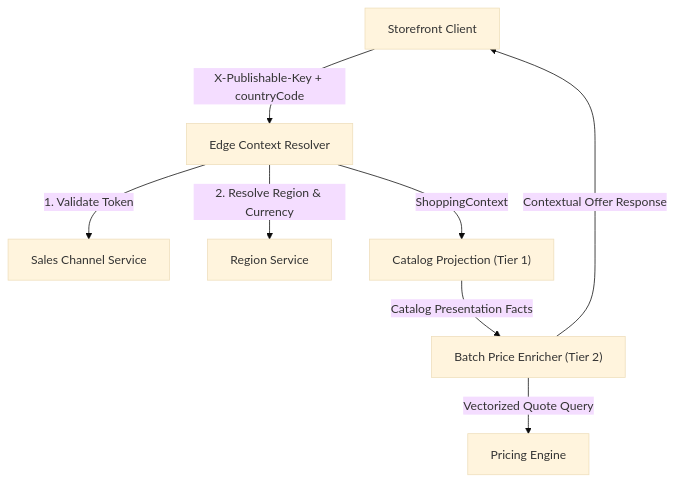
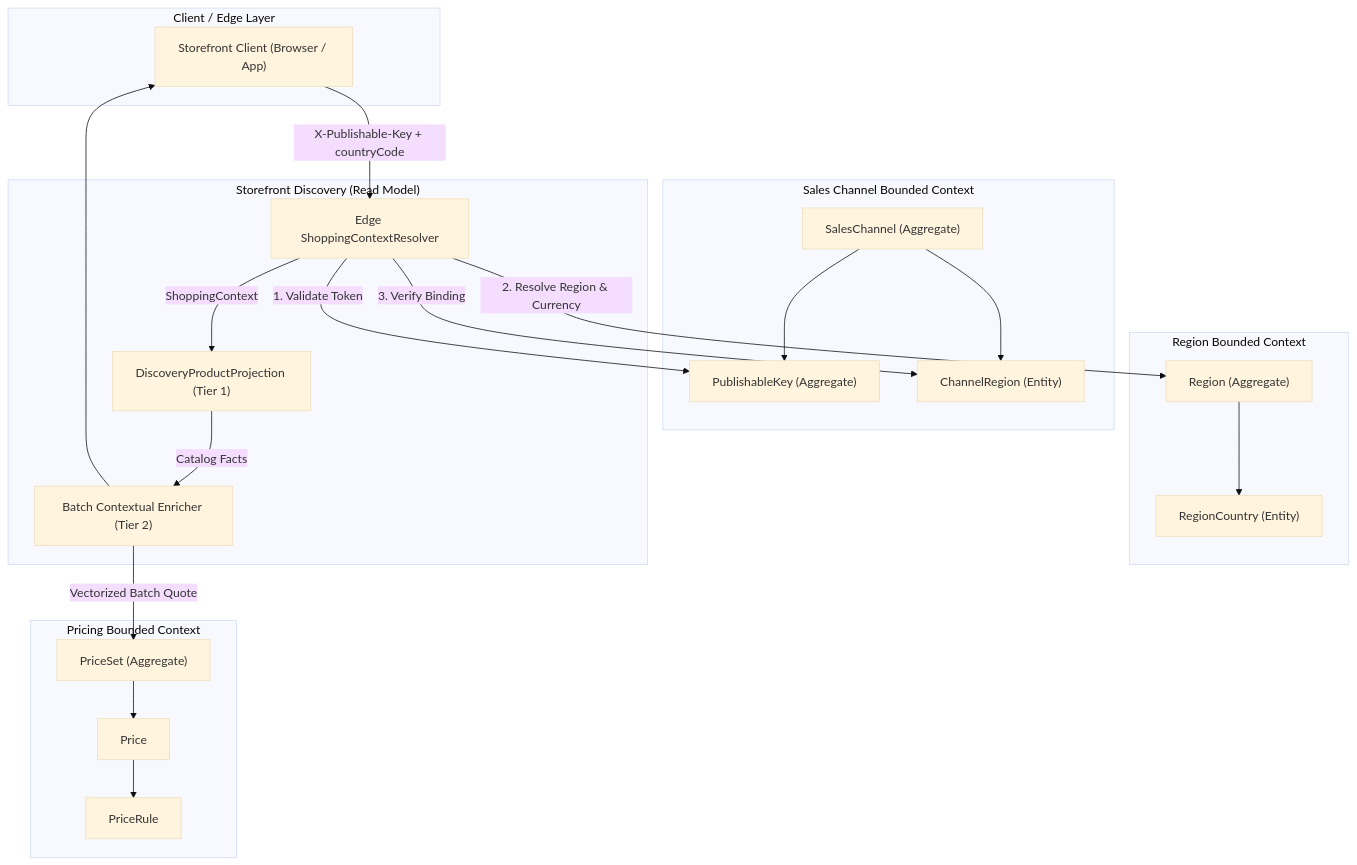
The first of 4 diagrams in docs/system-design/001-multi_regional_contextual_discovery_system_design.md (khinemyaezin/grab), drawn with Mermaid (base theme) before and after one commit. The commit also changed other lines of this file and 26 other files, not shown here.

````diff
--- a/docs/system-design/001-multi_regional_contextual_discovery_system_design.md
+++ b/docs/system-design/001-multi_regional_contextual_discovery_system_design.md
@@ -23,10 +24,43 @@
 ```mermaid
 flowchart TD
-    Client["Storefront Client"] -->|"X-Publishable-Key + countryCode"| EdgeResolver["Edge Context Resolver"]
-    EdgeResolver -->|"1. Validate Token"| SalesChannel["Sales Channel Service"]
-    EdgeResolver -->|"2. Resolve Region & Currency"| Region["Region Service"]
-    EdgeResolver -->|"ShoppingContext"| DiscoveryRead["Catalog Projection (Tier 1)"]
-    DiscoveryRead -->|"Catalog Presentation Facts"| BatchEnricher["Batch Price Enricher (Tier 2)"]
-    BatchEnricher -->|"Vectorized Quote Query"| Pricing["Pricing Engine"]
-    BatchEnricher -->|"Contextual Offer Response"| Client
+    subgraph ClientLayer ["Client / Edge Layer"]
+        Client["Storefront Client (Browser / App)"]
+    end
+
+    subgraph SalesChannelBC ["Sales Channel Bounded Context"]
+        SC["SalesChannel (Aggregate)"]
+        PK["PublishableKey (Aggregate)"]
+        CR["ChannelRegion (Entity)"]
+        SC --> PK
+        SC --> CR
+    end
+
+    subgraph RegionBC ["Region Bounded Context"]
+        Region["Region (Aggregate)"]
+        Country["RegionCountry (Entity)"]
+        Region --> Country
+    end
+
+    subgraph PricingBC ["Pricing Bounded Context"]
+        PriceSet["PriceSet (Aggregate)"]
+        Price["Price"]
+        PriceRule["PriceRule"]
+        PriceSet --> Price
+        Price --> PriceRule
+    end
+
+    subgraph DiscoveryBC ["Storefront Discovery (Read Model)"]
+        Resolver["Edge ShoppingContextResolver"]
+        Projection["DiscoveryProductProjection (Tier 1)"]
+        Enricher["Batch Contextual Enricher (Tier 2)"]
+    end
+
+    Client -->|"X-Publishable-Key + countryCode"| Resolver
+    Resolver -->|"1. Validate Token"| PK
+    Resolver -->|"2. Resolve Region & Currency"| Region
+    Resolver -->|"3. Verify Binding"| CR
+    Resolver -->|"ShoppingContext"| Projection
+    Projection -->|"Catalog Facts"| Enricher
+    Enricher -->|"Vectorized Batch Quote"| PriceSet
+    Enricher --> Client
 ```
````
